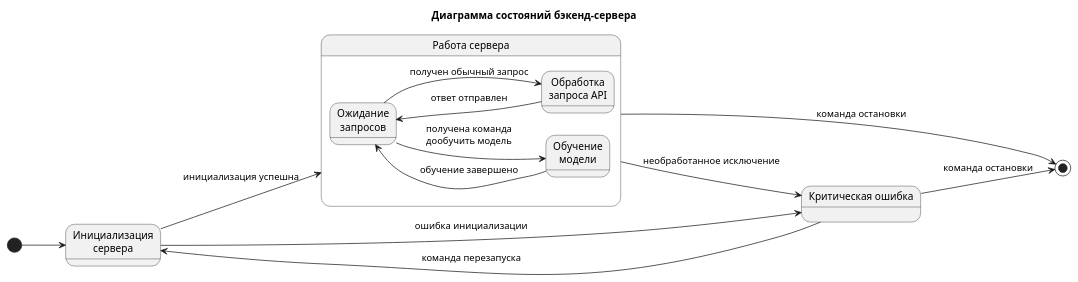
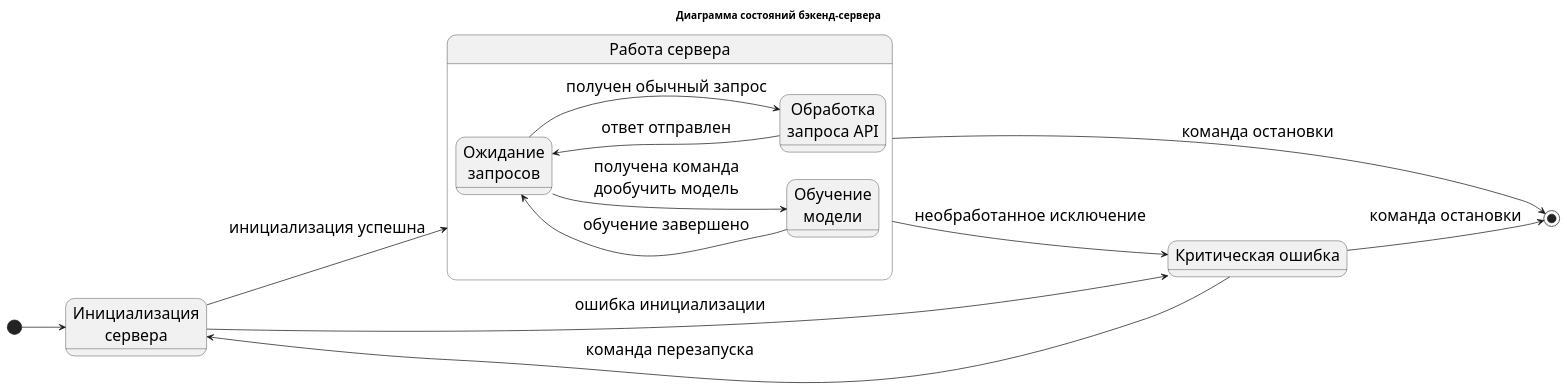
One commit to timourka/diplom changed the diagram in PlantUML/state-back.puml. Above: the diagram before and after it, drawn with PlantUML. The commit also changed 7 other files, not shown here.

```diff
--- a/PlantUML/state-back.puml
+++ b/PlantUML/state-back.puml
@@ -1,35 +1,38 @@
 @startuml
+
+skinparam defaultFontSize 22
+
 left to right direction
 title Диаграмма состояний бэкенд-сервера
 
 [*] --> Init
 
 state "Инициализация\nсервера" as Init
 state "Работа сервера" as Running
 state "Критическая ошибка" as Failed
 
 ' --- Вложенные состояния при работе сервера ---
 state Running {
     state "Ожидание\nзапросов" as Idle
     state "Обработка\nзапроса API" as Handling
     state "Обучение\nмодели" as Training
 
     Idle --> Handling   : получен обычный запрос
     Handling --> Idle   : ответ отправлен
 
     Idle --> Training   : получена команда\nдообучить модель
     Training --> Idle   : обучение завершено
 }
 
 ' --- Внешние переходы ---
 Init --> Running      : инициализация успешна
 Init --> Failed       : ошибка инициализации
 
 Running --> Failed    : необработанное исключение
 Running --> [*]   : команда остановки
 
 Failed --> Init       : команда перезапуска
 Failed --> [*]    : команда остановки
   
 
 @enduml
```
